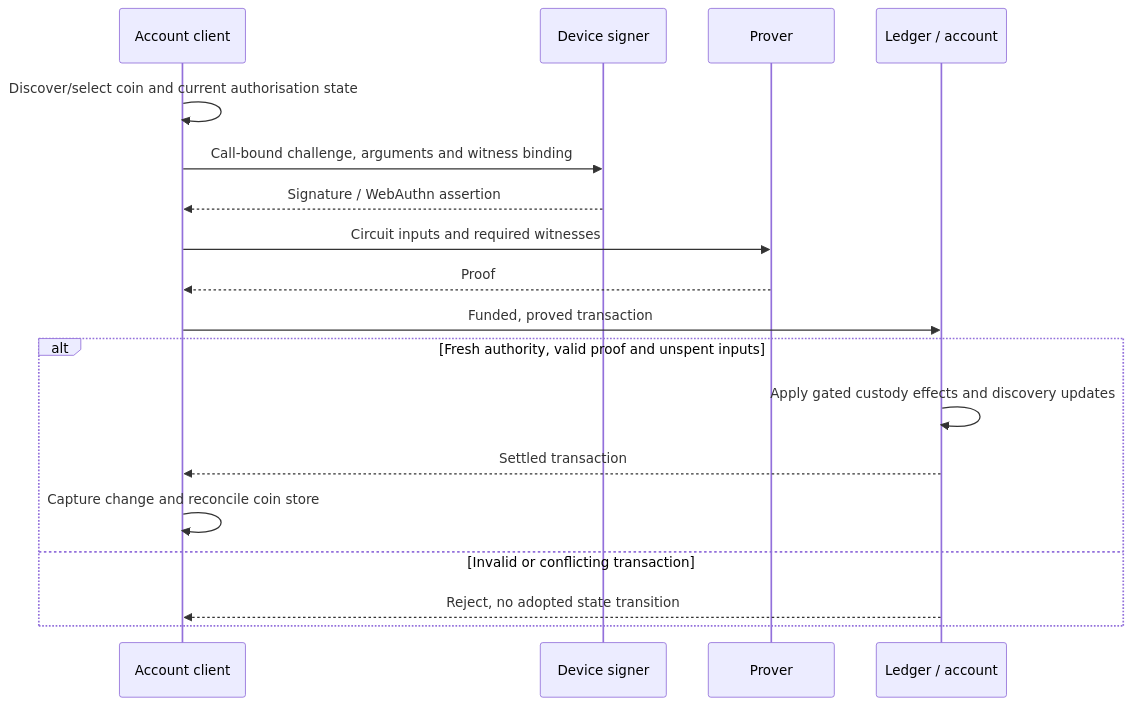
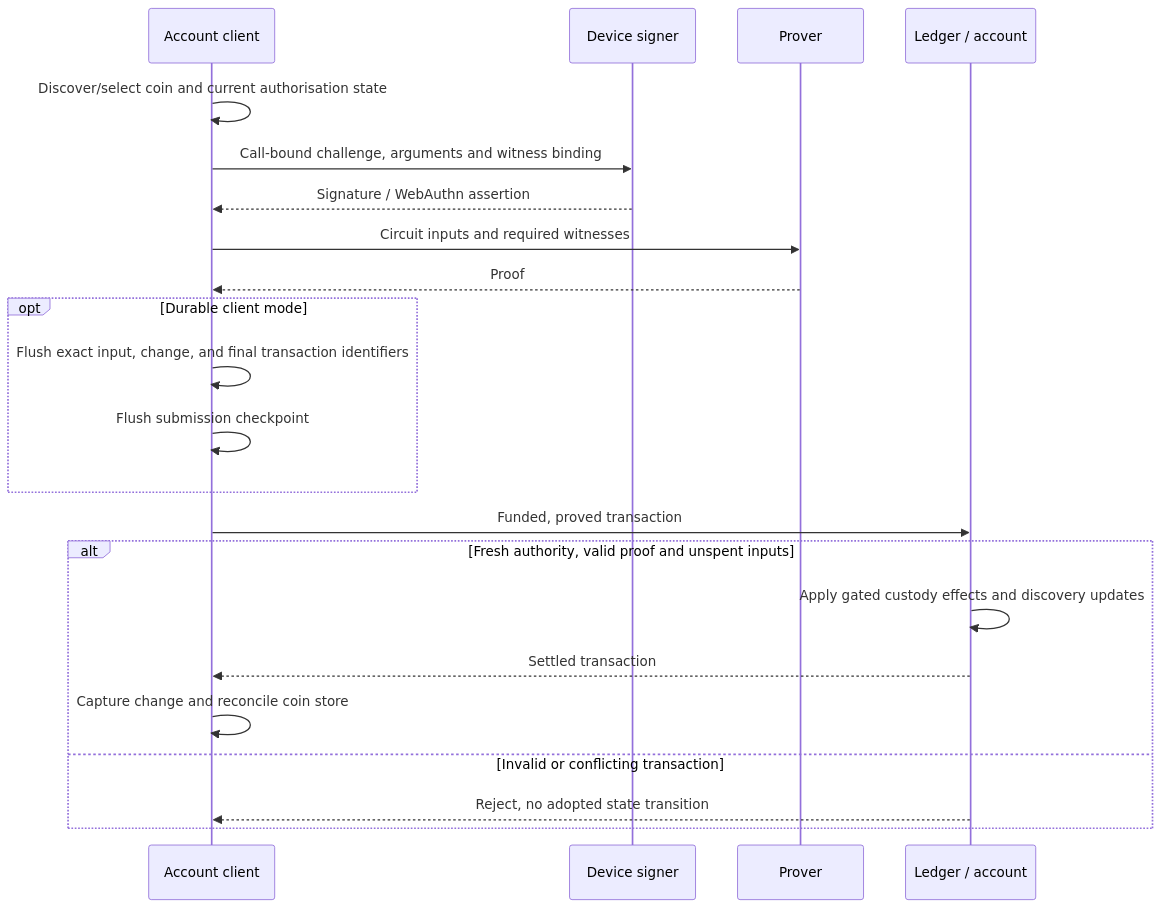
The fourth of 5 diagrams in docs/arc42.md (midnightntwrk/passport), drawn with Mermaid before and after one commit. The commit also changed other lines of this file and 17 other files, not shown here.

````diff
--- a/docs/arc42.md
+++ b/docs/arc42.md
@@ -253,20 +253,24 @@
 ```mermaid
 sequenceDiagram
     participant C as Account client
     participant S as Device signer
     participant P as Prover
     participant L as Ledger / account
     C->>C: Discover/select coin and current authorisation state
     C->>S: Call-bound challenge, arguments and witness binding
     S-->>C: Signature / WebAuthn assertion
     C->>P: Circuit inputs and required witnesses
     P-->>C: Proof
+    opt Durable client mode
+        C->>C: Flush exact input, change, and final transaction identifiers
+        C->>C: Flush submission checkpoint
+    end
     C->>L: Funded, proved transaction
     alt Fresh authority, valid proof and unspent inputs
         L->>L: Apply gated custody effects and discovery updates
         L-->>C: Settled transaction
         C->>C: Capture change and reconcile coin store
     else Invalid or conflicting transaction
         L-->>C: Reject, no adopted state transition
     end
 ```
````
